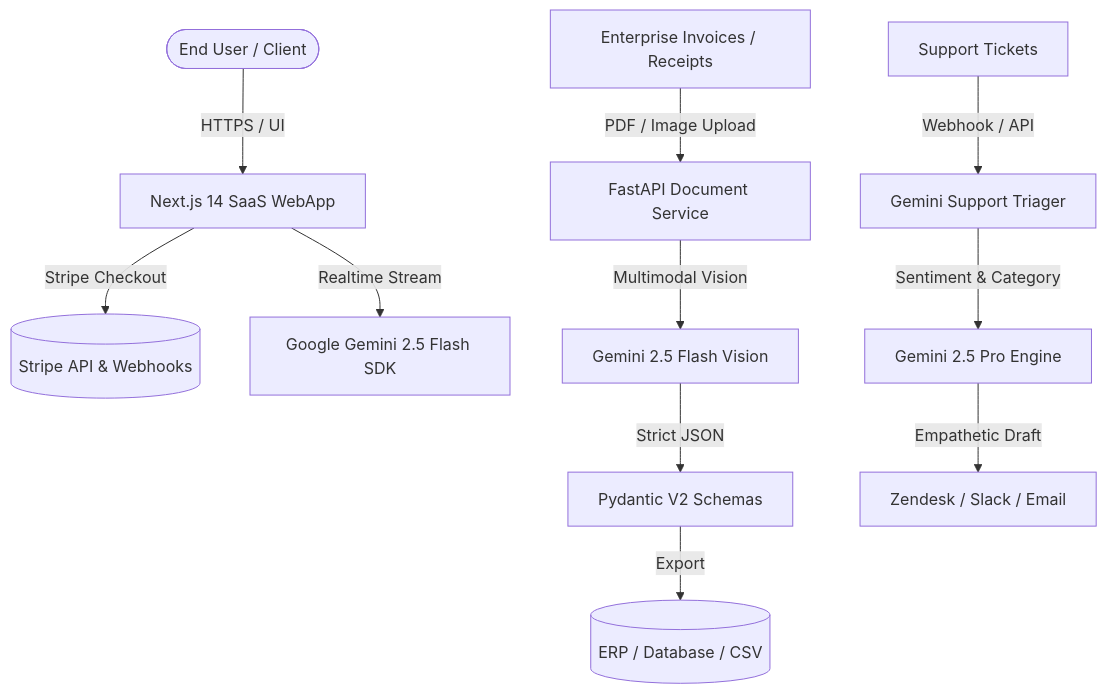
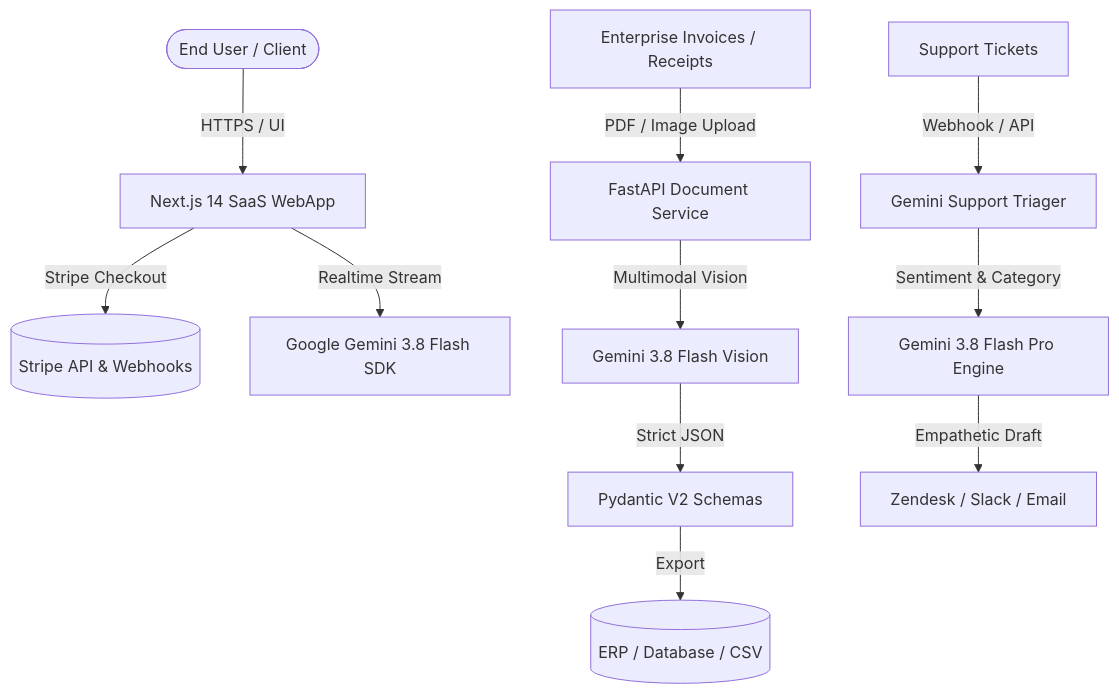
Before and after one commit to skappax/gemini-ai-suite: the diagram in README.md, drawn with Mermaid. The commit also changed other lines of this file and 5 other files, not shown here.

Commit message:
feat: upgrade native model support and docs to Gemini 3.8 Flash

````diff
--- a/README.md
+++ b/README.md
@@ -126,15 +126,15 @@
 ```mermaid
 flowchart TD
     User([End User / Client]) -->|HTTPS / UI| NextJS[Next.js 14 SaaS WebApp]
     NextJS -->|Stripe Checkout| Stripe[(Stripe API & Webhooks)]
-    NextJS -->|Realtime Stream| GeminiAPI[Google Gemini 2.5 Flash SDK]
+    NextJS -->|Realtime Stream| GeminiAPI[Google Gemini 3.8 Flash SDK]
     
     B2B[Enterprise Invoices / Receipts] -->|PDF / Image Upload| FastAPI[FastAPI Document Service]
-    FastAPI -->|Multimodal Vision| GeminiVision[Gemini 2.5 Flash Vision]
+    FastAPI -->|Multimodal Vision| GeminiVision[Gemini 3.8 Flash Vision]
     GeminiVision -->|Strict JSON| Pydantic[Pydantic V2 Schemas]
     Pydantic -->|Export| Database[(ERP / Database / CSV)]
 
     Tickets[Support Tickets] -->|Webhook / API| SupportBot[Gemini Support Triager]
-    SupportBot -->|Sentiment & Category| GeminiPro[Gemini 2.5 Pro Engine]
+    SupportBot -->|Sentiment & Category| GeminiPro[Gemini 3.8 Flash Pro Engine]
     GeminiPro -->|Empathetic Draft| Dispatch[Zendesk / Slack / Email]
 ```
````
